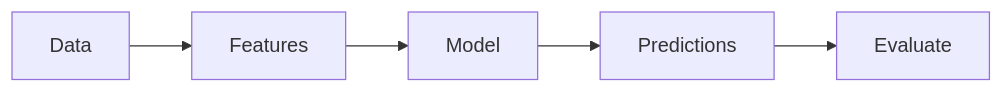
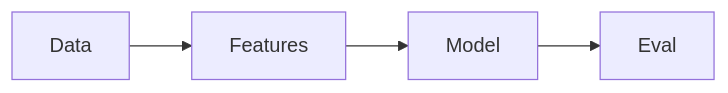
Before and after one commit to abdulsamad183/ai-engineering-playbook: the diagram in domains/machine-learning/ml-basics/01-introduction-to-machine-learning.md, drawn with Mermaid. The commit also changed other lines of this file and 203 other files, not shown here.

````diff
--- a/domains/machine-learning/ml-basics/01-introduction-to-machine-learning.md
+++ b/domains/machine-learning/ml-basics/01-introduction-to-machine-learning.md
@@ -37,7 +91,4 @@
 ```mermaid
 flowchart LR
-  Data[Data] --> Features[Features]
-  Features --> Model[Model]
-  Model --> Pred[Predictions]
-  Pred --> Eval[Evaluate]
+  Data --> Features --> Model --> Eval
 ```
````
